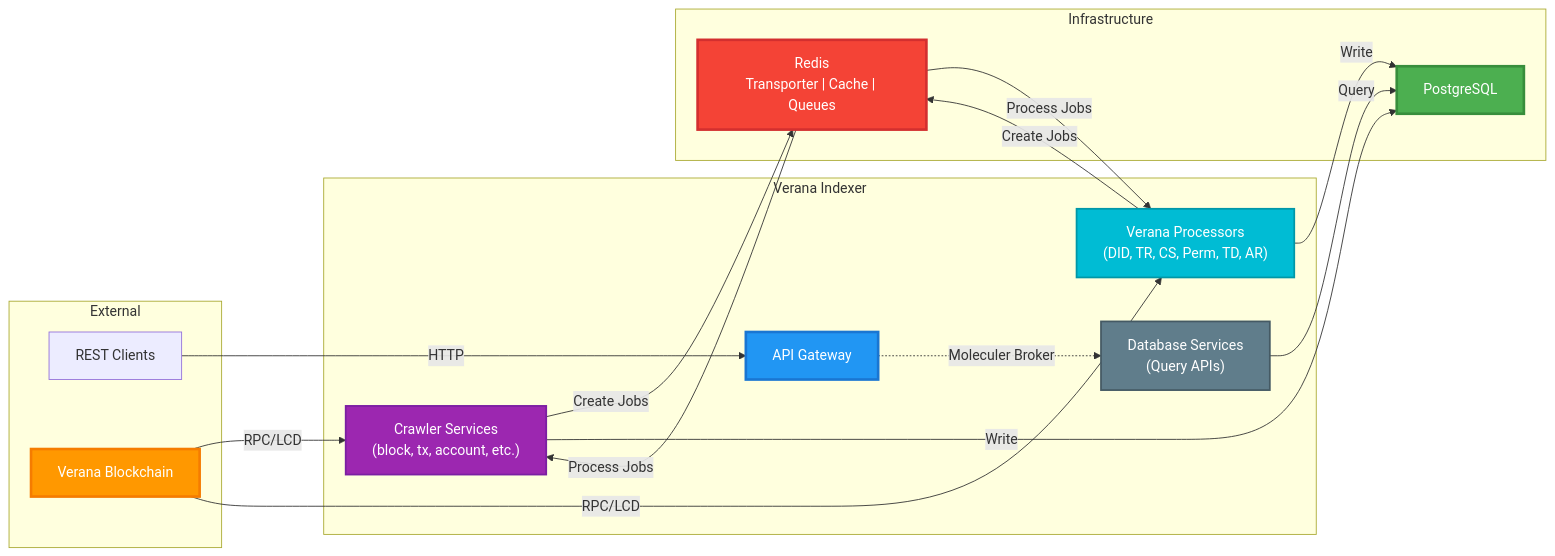
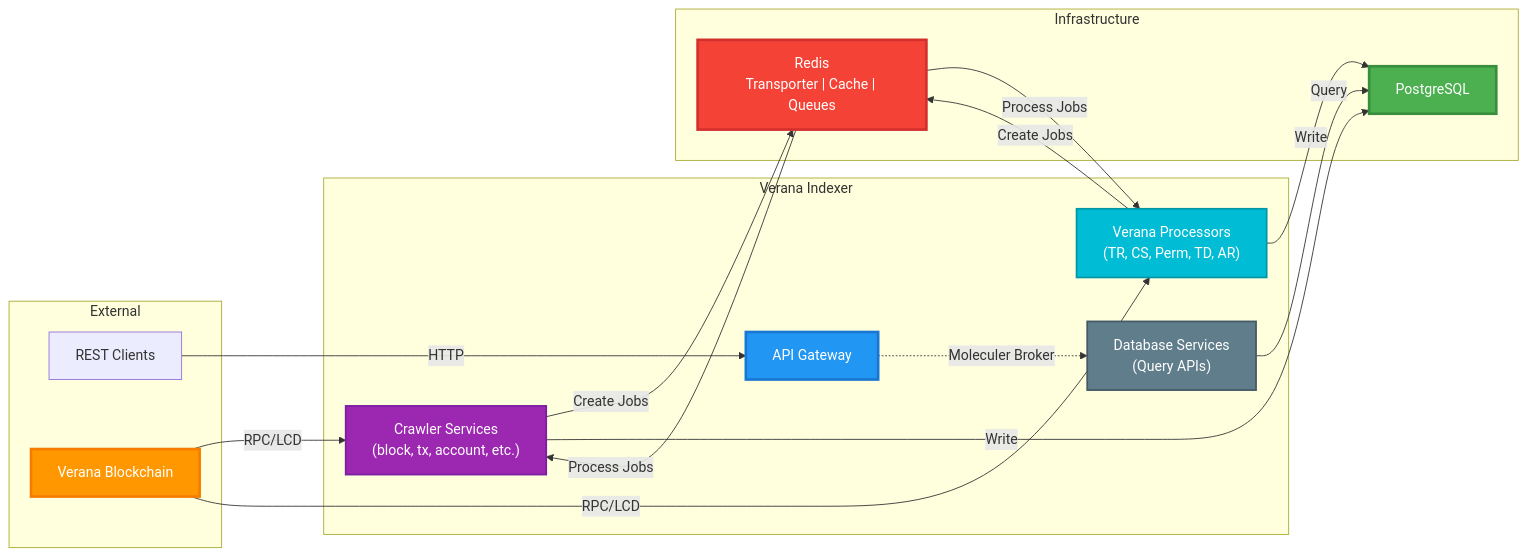
Before and after one commit to verana-labs/verana-indexer: the diagram in README.md, drawn with Mermaid. The commit also changed other lines of this file and 125 other files, not shown here.

````diff
--- a/README.md
+++ b/README.md
@@ -25,42 +24,42 @@
 ```mermaid
 flowchart LR
     subgraph EXT["External"]
         CLIENTS["REST Clients"]
         BLOCKCHAIN["Verana Blockchain"]
     end
 
     subgraph INDEXER["Verana Indexer"]
         API["API Gateway"]
         CRAWLERS["Crawler Services<br/>(block, tx, account, etc.)"]
-        PROCESSORS["Verana Processors<br/>(DID, TR, CS, Perm, TD, AR)"]
+        PROCESSORS["Verana Processors<br/>(TR, CS, Perm, TD, AR)"]
         DB_SERVICES["Database Services<br/>(Query APIs)"]
     end
 
     subgraph INFRA["Infrastructure"]
         REDIS["Redis<br/>Transporter | Cache | Queues"]
         POSTGRES["PostgreSQL"]
     end
 
     CLIENTS -->|HTTP| API
     BLOCKCHAIN -->|RPC/LCD| CRAWLERS
     BLOCKCHAIN -->|RPC/LCD| PROCESSORS
     
     API -.->|Moleculer Broker| DB_SERVICES
     DB_SERVICES -->|Query| POSTGRES
     
     CRAWLERS -->|Create Jobs| REDIS
     PROCESSORS -->|Create Jobs| REDIS
     REDIS -->|Process Jobs| CRAWLERS
     REDIS -->|Process Jobs| PROCESSORS
     
     CRAWLERS -->|Write| POSTGRES
     PROCESSORS -->|Write| POSTGRES
 
     style API fill:#2196F3,stroke:#1976D2,stroke-width:3px,color:#fff
     style POSTGRES fill:#4CAF50,stroke:#388E3C,stroke-width:3px,color:#fff
     style REDIS fill:#F44336,stroke:#D32F2F,stroke-width:3px,color:#fff
     style BLOCKCHAIN fill:#FF9800,stroke:#F57C00,stroke-width:3px,color:#fff
     style CRAWLERS fill:#9C27B0,stroke:#7B1FA2,stroke-width:2px,color:#fff
     style PROCESSORS fill:#00BCD4,stroke:#0097A7,stroke-width:2px,color:#fff
     style DB_SERVICES fill:#607D8B,stroke:#455A64,stroke-width:2px,color:#fff
 ```
````
